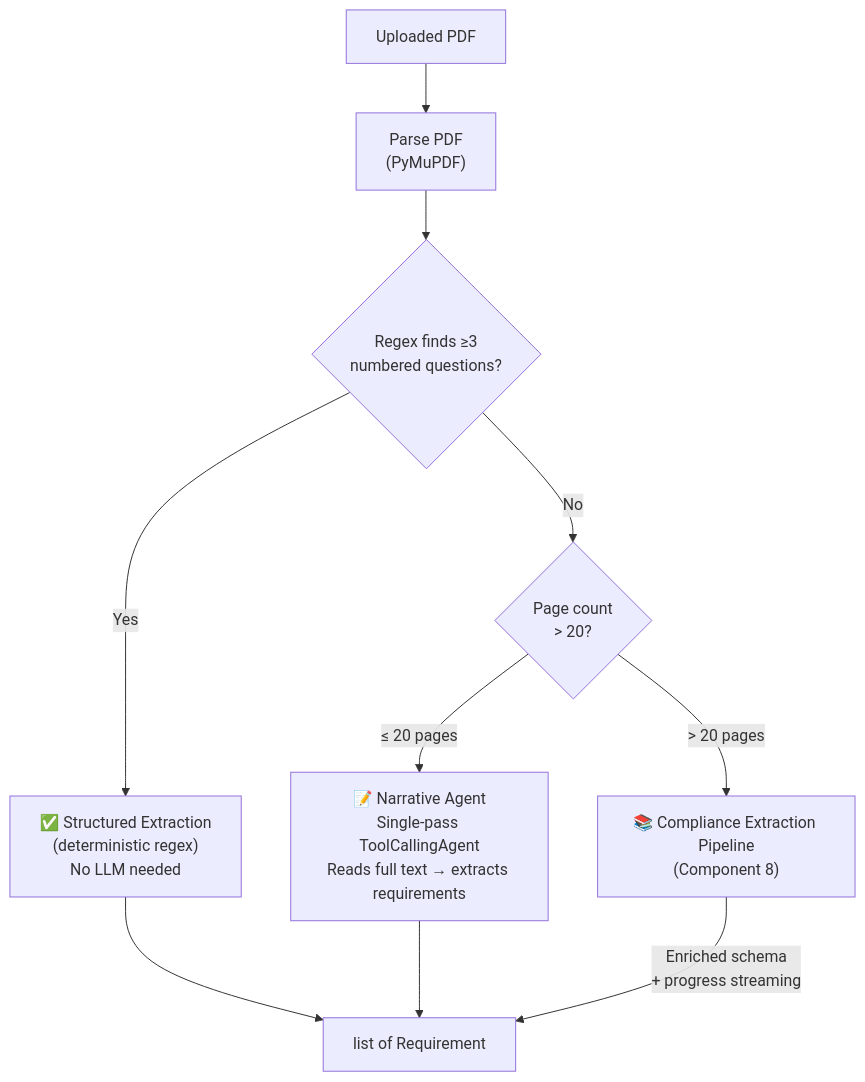
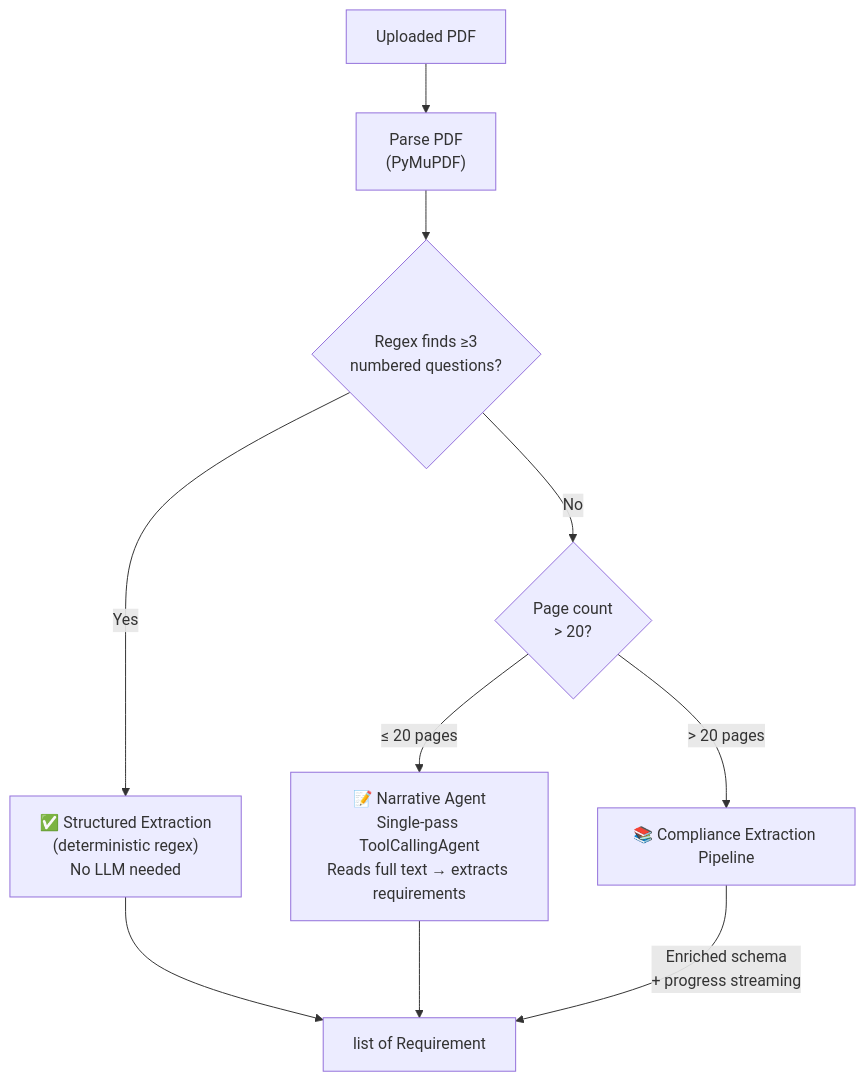
Before and after one commit to yuguang/readily: the second of 6 diagrams in README.md, drawn with Mermaid.

Commit message:
update text

````diff
--- a/README.md
+++ b/README.md
@@ -33,12 +33,12 @@
 ```mermaid
 flowchart TD
     PDF["Uploaded PDF"] --> Parse["Parse PDF\n(PyMuPDF)"]
     Parse --> Regex{"Regex finds ≥3\nnumbered questions?"}
     Regex -->|Yes| Structured["✅ Structured Extraction\n(deterministic regex)\nNo LLM needed"]
     Regex -->|No| Length{"Page count\n> 20?"}
     Length -->|"≤ 20 pages"| Narrative["📝 Narrative Agent\nSingle-pass ToolCallingAgent\nReads full text → extracts requirements"]
-    Length -->|"> 20 pages"| Compliance["📚 Compliance Extraction Pipeline\n(Component 8)"]
+    Length -->|"> 20 pages"| Compliance["📚 Compliance Extraction Pipeline\n"]
     Structured --> Reqs["list of Requirement"]
     Narrative --> Reqs
     Compliance -->|"Enriched schema\n+ progress streaming"| Reqs
 ```
````
